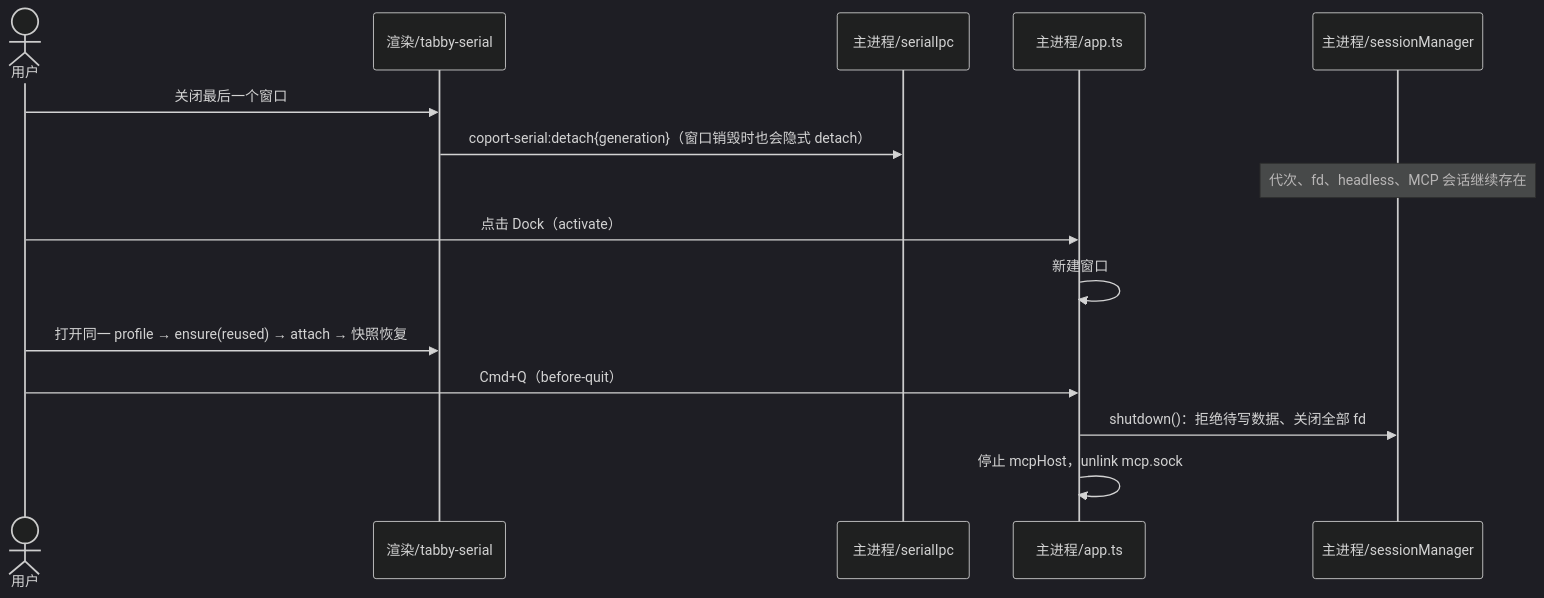
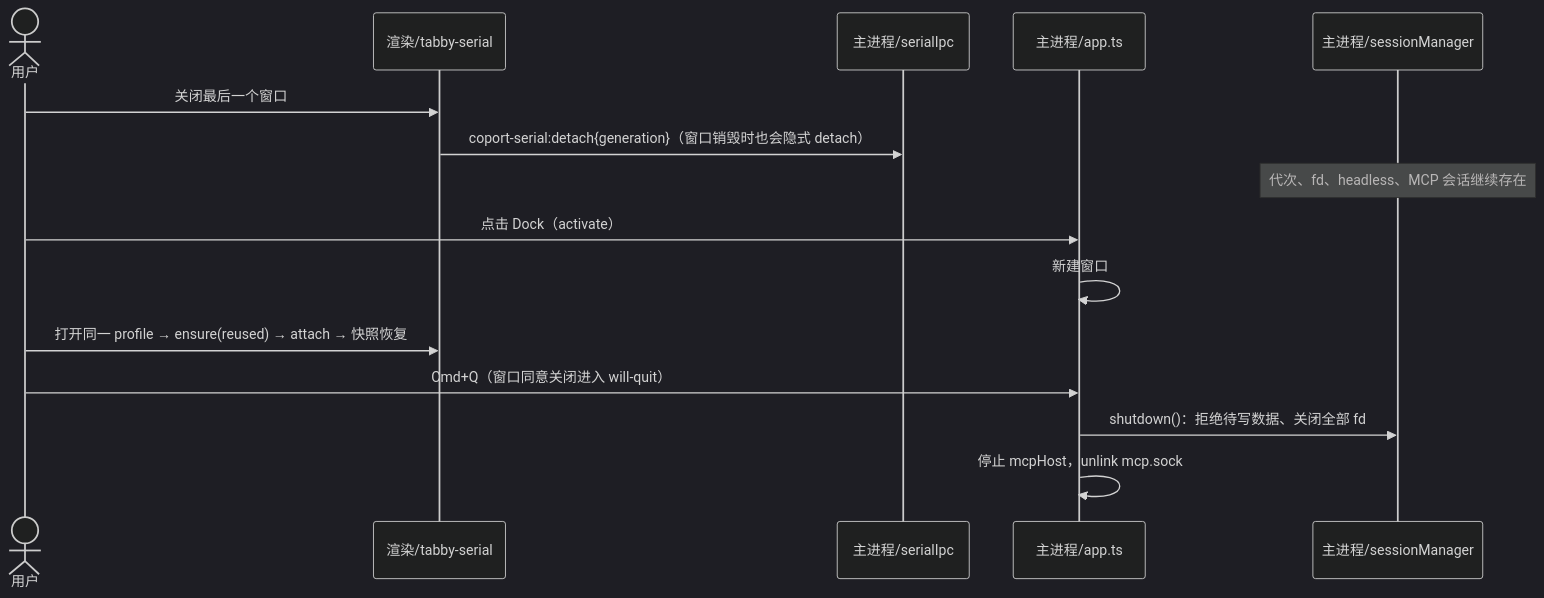
The fourth of 5 diagrams in docs/specs/coport-fork.md (UberPrinz/coport), drawn with Mermaid (dark theme) before and after one commit. The commit also changed other lines of this file and 50 other files, not shown here.

````diff
--- a/docs/specs/coport-fork.md
+++ b/docs/specs/coport-fork.md
@@ -256,17 +259,17 @@
 ```mermaid
 sequenceDiagram
     actor U as 用户
     participant R as 渲染/tabby-serial
     participant SI as 主进程/serialIpc
     participant APP as 主进程/app.ts
     participant SM as 主进程/sessionManager
     U->>R: 关闭最后一个窗口
     R->>SI: coport-serial:detach{generation}（窗口销毁时也会隐式 detach）
     Note over SM: 代次、fd、headless、MCP 会话继续存在
     U->>APP: 点击 Dock（activate）
     APP->>APP: 新建窗口
     U->>R: 打开同一 profile → ensure(reused) → attach → 快照恢复
-    U->>APP: Cmd+Q（before-quit）
+    U->>APP: Cmd+Q（窗口同意关闭进入 will-quit）
     APP->>SM: shutdown()：拒绝待写数据、关闭全部 fd
     APP->>APP: 停止 mcpHost，unlink mcp.sock
 ```
````
